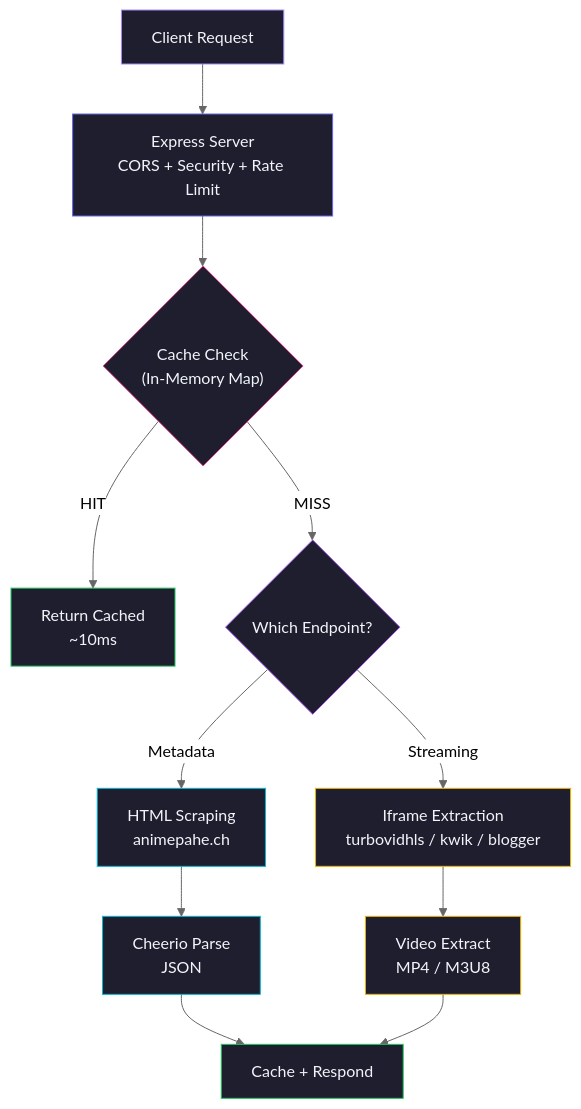
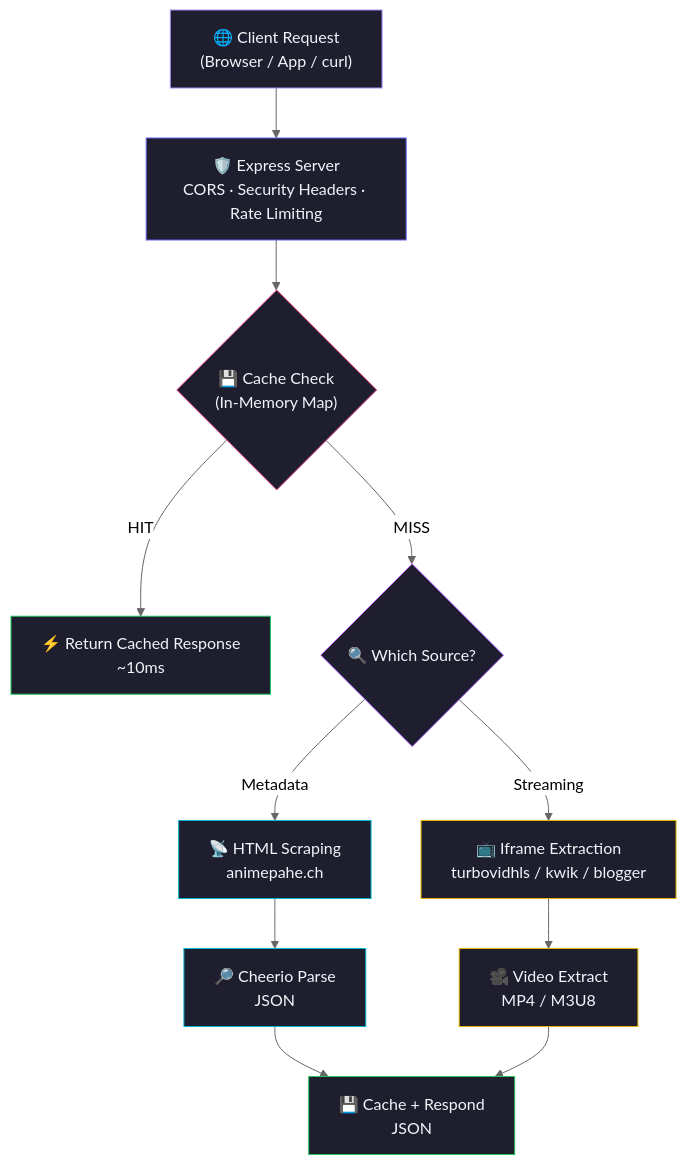
Before and after one commit to Shineii86/AnimePaheAPI: the first of 4 diagrams in README.md, drawn with Mermaid (neutral theme). The commit also changed other lines of this file, not shown here.

````diff
--- a/README.md
+++ b/README.md
@@ -94,27 +97,27 @@
 ```mermaid
 flowchart TD
-    A["Client Request"] --> B["Express Server<br/>CORS + Security + Rate Limit"]
-    B --> C{"Cache Check<br/>(In-Memory Map)"}
-    C -- HIT --> D["Return Cached<br/>~10ms"]
-    C -- MISS --> E{"Which Endpoint?"}
+    A["🌐 Client Request<br/>(Browser / App / curl)"] --> B["🛡️ Express Server<br/>CORS · Security Headers · Rate Limiting"]
+    B --> C{"💾 Cache Check<br/>(In-Memory Map)"}
+    C -- HIT --> D["⚡ Return Cached Response<br/>~10ms"]
+    C -- MISS --> E{"🔍 Which Source?"}
 
-    E -- Metadata --> F["HTML Scraping<br/>animepahe.ch"]
-    E -- Streaming --> G["Iframe Extraction<br/>turbovidhls / kwik / blogger"]
+    E -- Metadata --> F["📡 HTML Scraping<br/>animepahe.ch"]
+    E -- Streaming --> G["📺 Iframe Extraction<br/>turbovidhls / kwik / blogger"]
 
-    F --> H["Cheerio Parse<br/>JSON"]
-    G --> I["Video Extract<br/>MP4 / M3U8"]
+    F --> H["🔎 Cheerio Parse<br/>JSON"]
+    G --> I["🎥 Video Extract<br/>MP4 / M3U8"]
 
-    H --> J["Cache + Respond"]
+    H --> J["💾 Cache + Respond<br/>JSON"]
     I --> J
 
     style A fill:#1e1e2e,stroke:#a78bfa,color:#f1f5f9
     style B fill:#1e1e2e,stroke:#6366f1,color:#f1f5f9
     style C fill:#1e1e2e,stroke:#f43f8e,color:#f1f5f9
     style D fill:#1e1e2e,stroke:#22c55e,color:#f1f5f9
     style E fill:#1e1e2e,stroke:#a855f7,color:#f1f5f9
     style F fill:#1e1e2e,stroke:#06b6d4,color:#f1f5f9
     style G fill:#1e1e2e,stroke:#eab308,color:#f1f5f9
     style H fill:#1e1e2e,stroke:#06b6d4,color:#f1f5f9
     style I fill:#1e1e2e,stroke:#eab308,color:#f1f5f9
     style J fill:#1e1e2e,stroke:#22c55e,color:#f1f5f9
 ```
````
